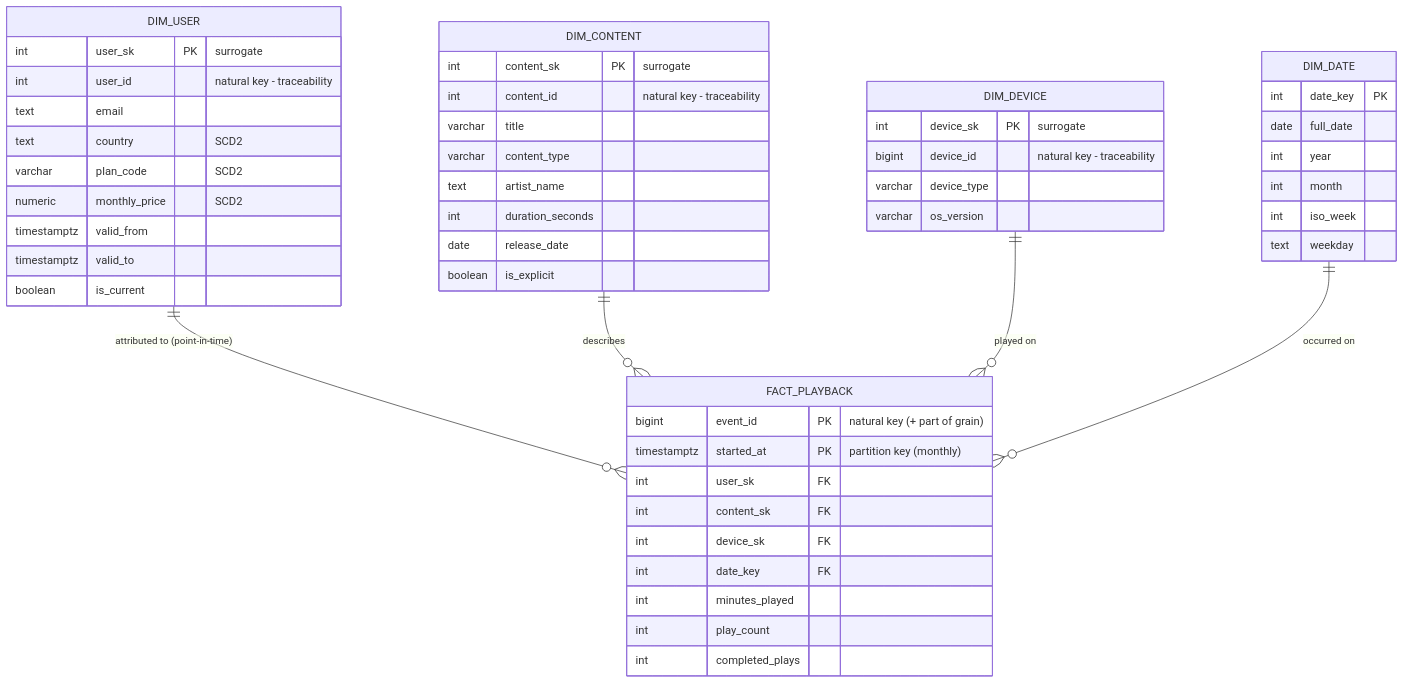
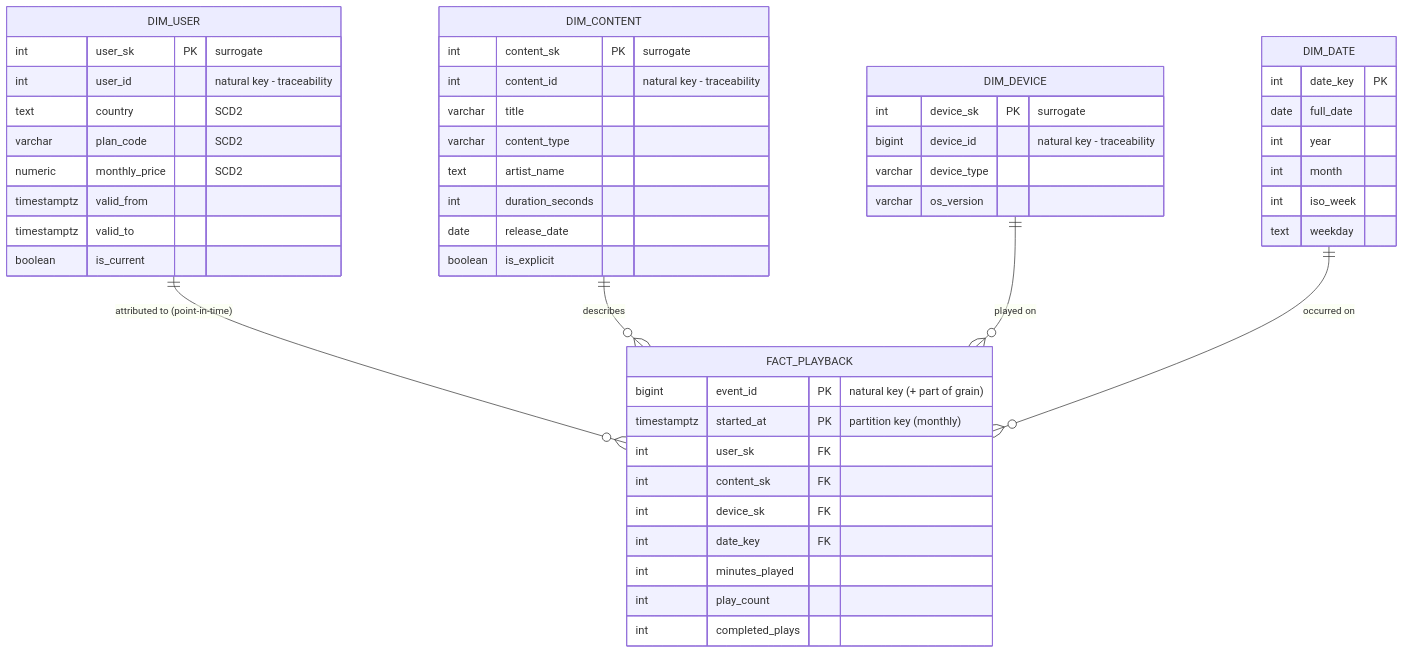
One commit to MatBry1337/DA_medallion_project changed the first of 2 diagrams in docs/02_model_diagram.md. Above: the diagram before and after it, drawn with Mermaid. The commit also changed 6 other files, not shown here.

````diff
--- a/docs/02_model_diagram.md
+++ b/docs/02_model_diagram.md
@@ -5,60 +5,57 @@
 ```mermaid
-  erDiagram
-      DIM_USER    ||--o{ FACT_PLAYBACK : "attributed to (point-in-time)"
-      DIM_CONTENT ||--o{ FACT_PLAYBACK : "describes"
-      DIM_DEVICE  ||--o{ FACT_PLAYBACK : "played on"
-      DIM_DATE    ||--o{ FACT_PLAYBACK : "occurred on"
-  
-      FACT_PLAYBACK {
-          bigint      event_id     PK "natural key (+ part of grain)"
-          timestamptz started_at   PK "partition key (monthly)"
-          int         user_sk      FK
-          int         content_sk   FK
-          int         device_sk    FK
-          int         date_key     FK
-          int         minutes_played
-          int         play_count
-          int         completed_plays
-      }
+erDiagram
+    DIM_USER    ||--o{ FACT_PLAYBACK : "attributed to (point-in-time)"
+    DIM_CONTENT ||--o{ FACT_PLAYBACK : "describes"
+    DIM_DEVICE  ||--o{ FACT_PLAYBACK : "played on"
+    DIM_DATE    ||--o{ FACT_PLAYBACK : "occurred on"
 
-      DIM_DATE {
-          int  date_key PK
-          date full_date
-          int  year   
-          int  month
-          int  iso_week
-          text weekday
-      }
-  
-      DIM_USER {
-          int         user_sk    PK "surrogate"
-          int         user_id       "natural key - traceability"
-          text        email
-          text        country       "SCD2"
-          varchar     plan_code     "SCD2"
-          numeric     monthly_price "SCD2"
-          timestamptz valid_from
-          timestamptz valid_to  
-          boolean     is_current
-      }
-      
-      DIM_CONTENT {
-          int         content_sk    PK "surrogate"  
-          int         content_id "natural key - traceability"
-          varchar     title
-          varchar     content_type   
-          text        artist_name
-          int     duration_seconds     
-          date release_date 
-          boolean     is_explicit
+    FACT_PLAYBACK {
+        bigint      event_id     PK "natural key (+ part of grain)"
+        timestamptz started_at   PK "partition key (monthly)"
+        int         user_sk      FK
+        int         content_sk   FK
+        int         device_sk    FK
+        int         date_key     FK
+        int         minutes_played
+        int         play_count
+        int         completed_plays
+    }
 
-      }
-      
-      DIM_DEVICE {
-          int         device_sk    PK "surrogate"   
-          bigint      device_id    "natural key - traceability"
-          varchar     device_type   
-          varchar     os_version   
+    DIM_DATE {
+        int  date_key PK
+        date full_date
+        int  year
+        int  month
+        int  iso_week
+        text weekday
+    }
 
-      }
+    DIM_USER {
+        int         user_sk    PK "surrogate"
+        int         user_id       "natural key - traceability"
+        text        country       "SCD2"
+        varchar     plan_code     "SCD2"
+        numeric     monthly_price "SCD2"
+        timestamptz valid_from
+        timestamptz valid_to
+        boolean     is_current
+    }
+
+    DIM_CONTENT {
+        int         content_sk    PK "surrogate"
+        int         content_id    "natural key - traceability"
+        varchar     title
+        varchar     content_type
+        text        artist_name
+        int         duration_seconds
+        date        release_date
+        boolean     is_explicit
+    }
+
+    DIM_DEVICE {
+        int         device_sk    PK "surrogate"
+        bigint      device_id    "natural key - traceability"
+        varchar     device_type
+        varchar     os_version
+    }
 ```
````
